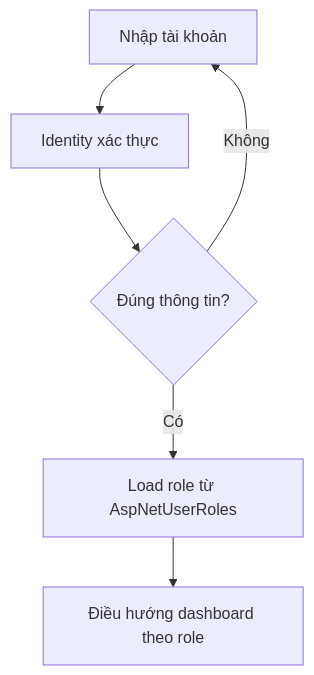
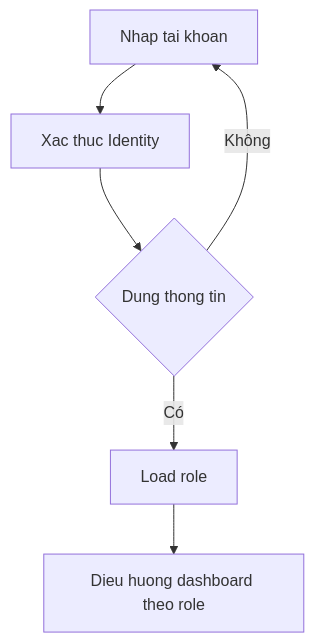
Before and after one commit to EricHoang28092k5/SmartTour: diagram 28 of 51 in PRD_SmartTour.md, drawn with Mermaid. The commit also changed other lines of this file and 3 other files, not shown here.

````diff
--- a/PRD_SmartTour.md
+++ b/PRD_SmartTour.md
@@ -771,8 +844,8 @@
 ```mermaid
 flowchart TD
-    A[Nhập tài khoản] --> B[Identity xác thực]
-    B --> C{Đúng thông tin?}
+    A[Nhap tai khoan] --> B[Xac thuc Identity]
+    B --> C{Dung thong tin}
     C -- Không --> A
-    C -- Có --> D[Load role từ AspNetUserRoles]
-    D --> E[Điều hướng dashboard theo role]
+    C -- Có --> D[Load role]
+    D --> E[Dieu huong dashboard theo role]
 ```
````
